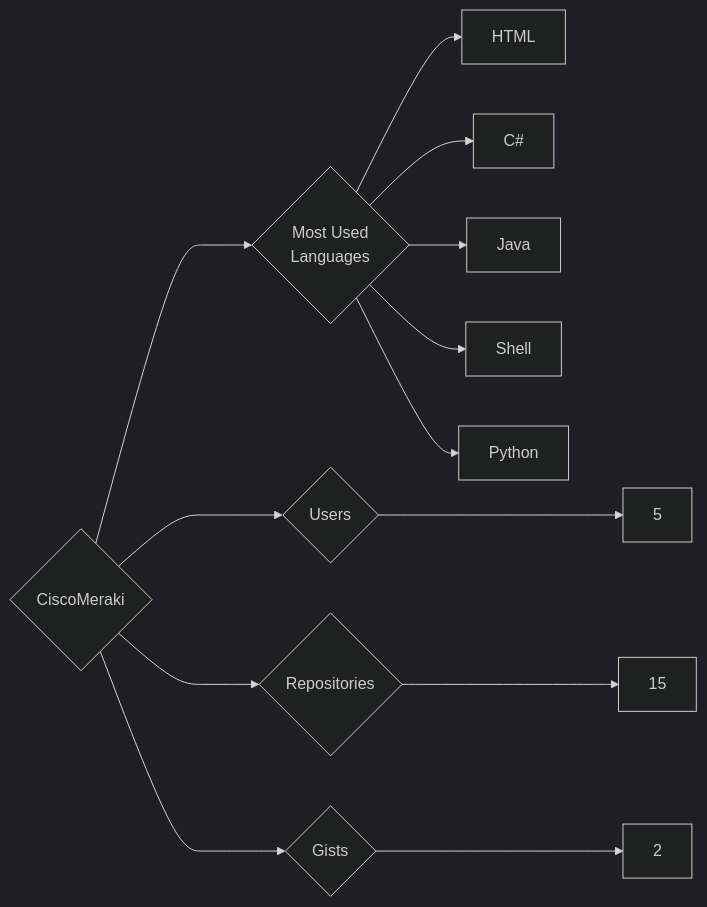
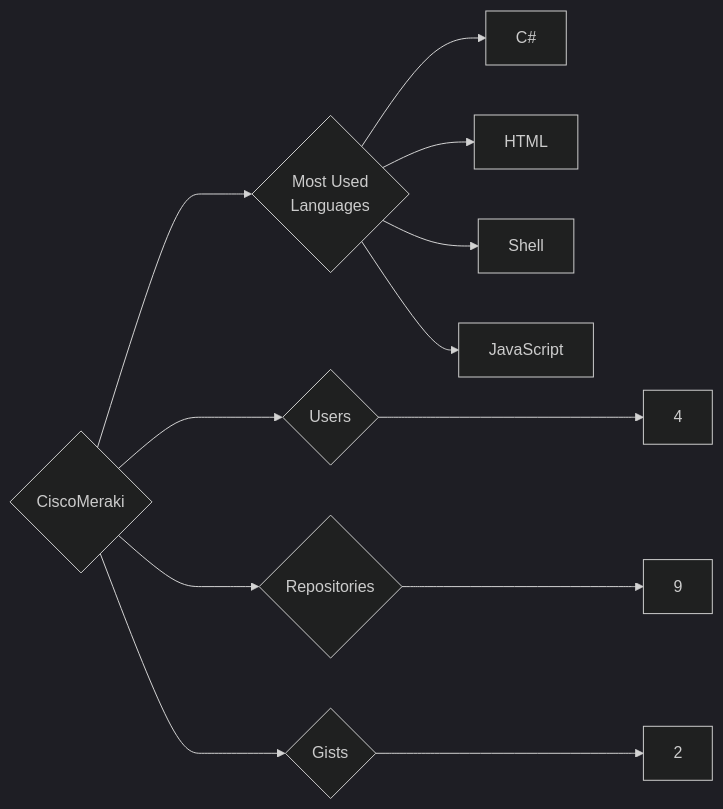
Before and after one commit to trickest/insiders: the diagram in targets/CiscoMeraki/README.md, drawn with Mermaid (dark theme). The commit also changed 873 other files, not shown here.

````diff
--- a/targets/CiscoMeraki/README.md
+++ b/targets/CiscoMeraki/README.md
@@ -3,13 +3,12 @@
 ```mermaid
 graph LR
 COMPANY_NAME{CiscoMeraki}
-COMPANY_NAME ---> U{Users} ---> UN[5]
-COMPANY_NAME ---> R{Repositories} ---> RN[15]
+COMPANY_NAME ---> U{Users} ---> UN[4]
+COMPANY_NAME ---> R{Repositories} ---> RN[9]
 COMPANY_NAME ---> G{Gists} ---> GN[2]
 COMPANY_NAME ---> ML{Most Used<br>Languages}
+ML --> C#[C#]
 ML --> HTML[HTML]
-ML --> C#[C#]
-ML --> Java[Java]
 ML --> Shell[Shell]
-ML --> Python[Python]
+ML --> JavaScript[JavaScript]
 ```
````
